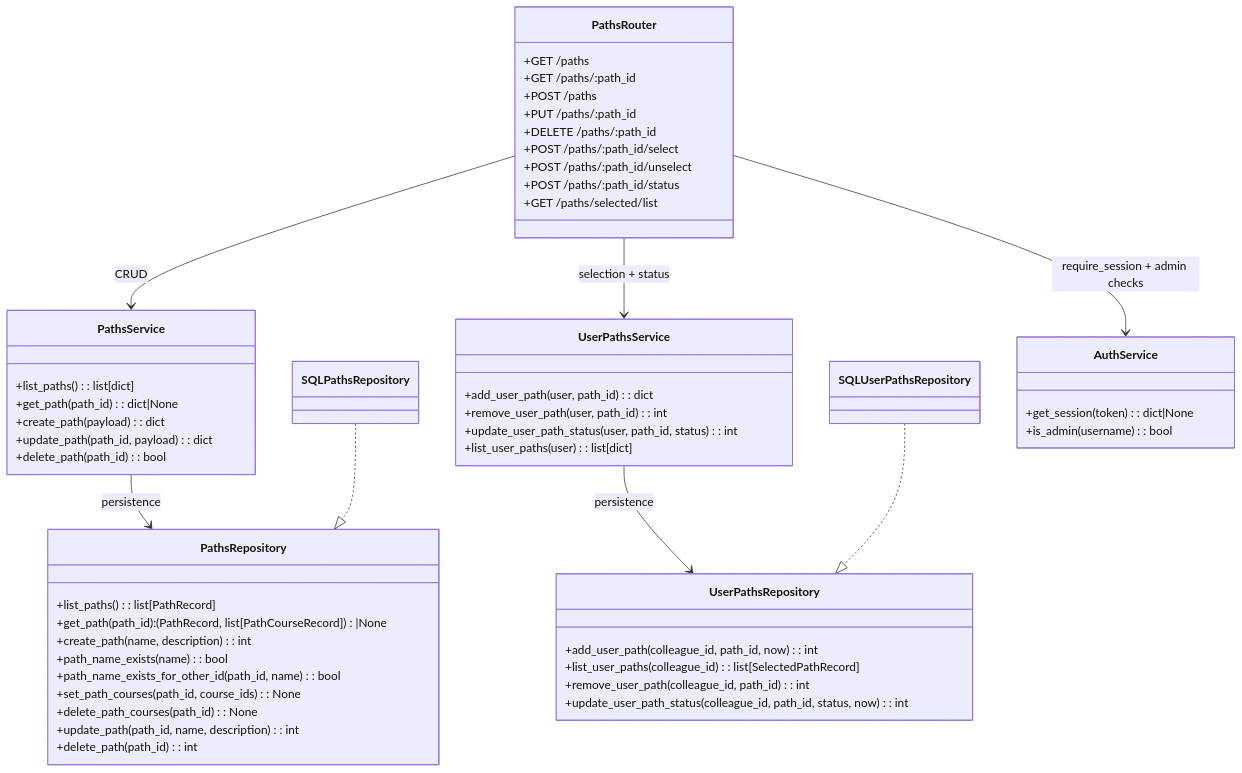
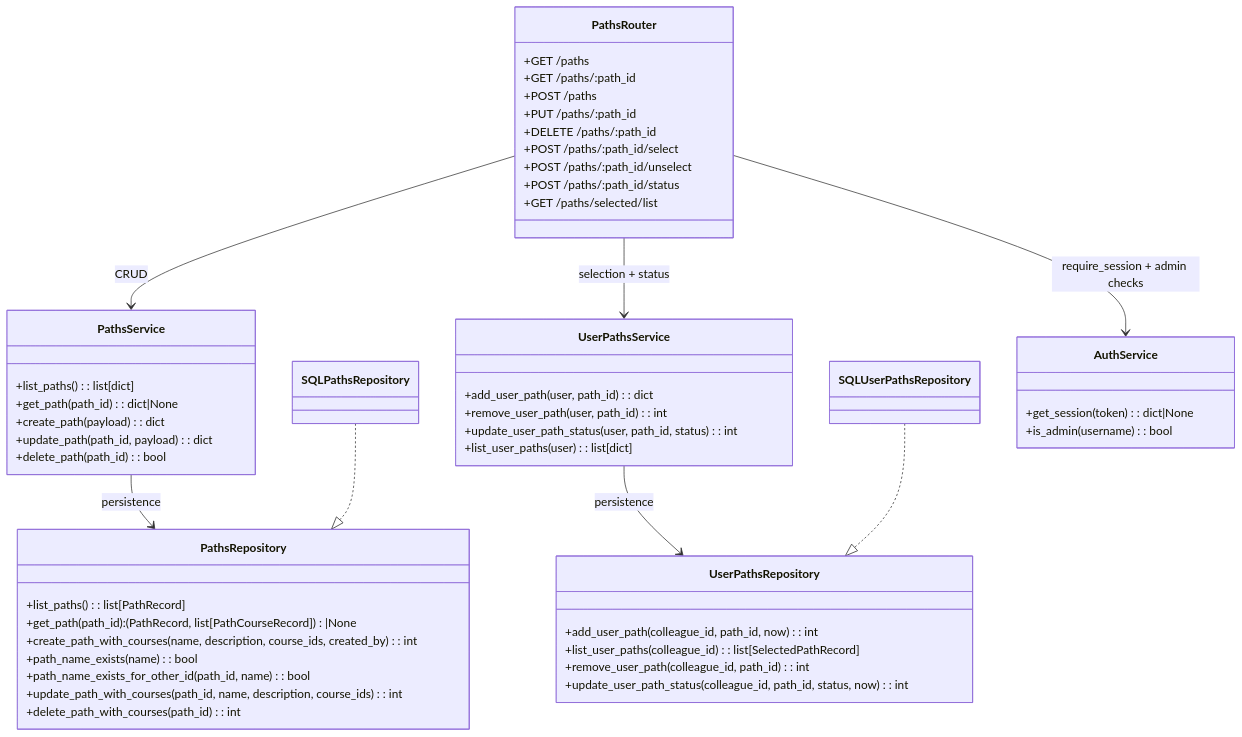
The ninth of 14 diagrams in docs/architecture_backend.md (JustinMelger/Upstream), drawn with Mermaid before and after one commit. The commit also changed other lines of this file and 26 other files, not shown here.

Commit message:
refactor: architecture doc alignment

````diff
--- a/docs/architecture_backend.md
+++ b/docs/architecture_backend.md
@@ -309,67 +314,65 @@
 ```mermaid
 classDiagram
   class PathsRouter {
     +GET /paths
     +GET /paths/:path_id
     +POST /paths
     +PUT /paths/:path_id
     +DELETE /paths/:path_id
     +POST /paths/:path_id/select
     +POST /paths/:path_id/unselect
     +POST /paths/:path_id/status
     +GET /paths/selected/list
   }
 
   class PathsService {
     +list_paths(): list[dict]
     +get_path(path_id): dict|None
     +create_path(payload): dict
     +update_path(path_id, payload): dict
     +delete_path(path_id): bool
   }
 
   class UserPathsService {
     +add_user_path(user, path_id): dict
     +remove_user_path(user, path_id): int
     +update_user_path_status(user, path_id, status): int
     +list_user_paths(user): list[dict]
   }
 
   class PathsRepository {
     +list_paths(): list[PathRecord]
     +get_path(path_id): (PathRecord, list[PathCourseRecord])|None
-    +create_path(name, description): int
+    +create_path_with_courses(name, description, course_ids, created_by): int
     +path_name_exists(name): bool
     +path_name_exists_for_other_id(path_id, name): bool
-    +set_path_courses(path_id, course_ids): None
-    +delete_path_courses(path_id): None
-    +update_path(path_id, name, description): int
-    +delete_path(path_id): int
+    +update_path_with_courses(path_id, name, description, course_ids): int
+    +delete_path_with_courses(path_id): int
   }
 
   class SQLPathsRepository {
   }
 
   class UserPathsRepository {
     +add_user_path(colleague_id, path_id, now): int
     +list_user_paths(colleague_id): list[SelectedPathRecord]
     +remove_user_path(colleague_id, path_id): int
     +update_user_path_status(colleague_id, path_id, status, now): int
   }
 
   class SQLUserPathsRepository {
   }
 
   class AuthService {
     +get_session(token): dict|None
     +is_admin(username): bool
   }
 
   PathsRouter --> AuthService : require_session + admin checks
   PathsRouter --> PathsService : CRUD
   PathsRouter --> UserPathsService : selection + status
   PathsService --> PathsRepository : persistence
   SQLPathsRepository ..|> PathsRepository
   UserPathsService --> UserPathsRepository : persistence
   SQLUserPathsRepository ..|> UserPathsRepository
 ```
````
